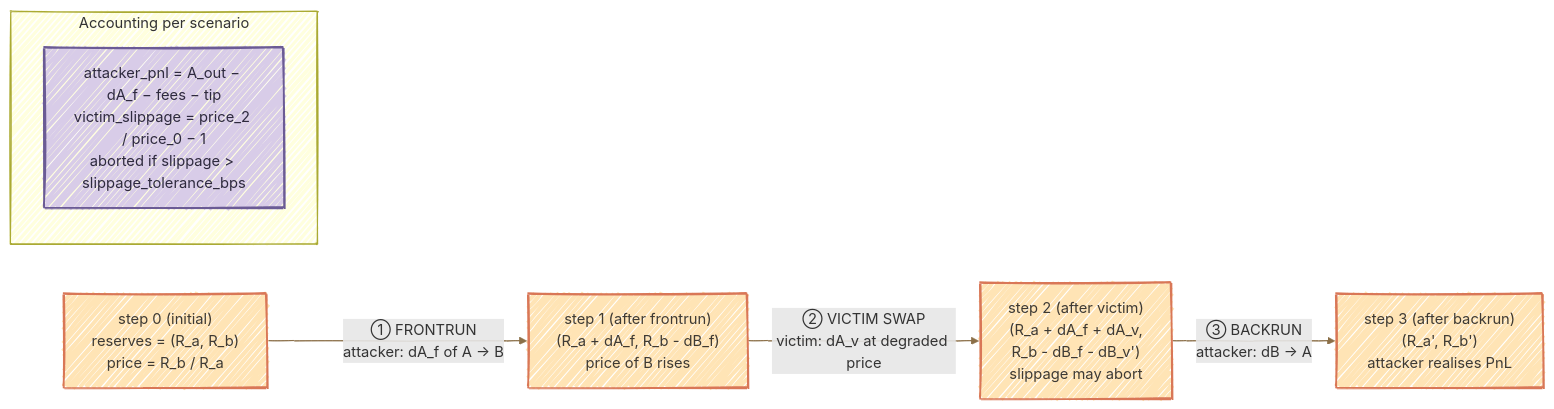
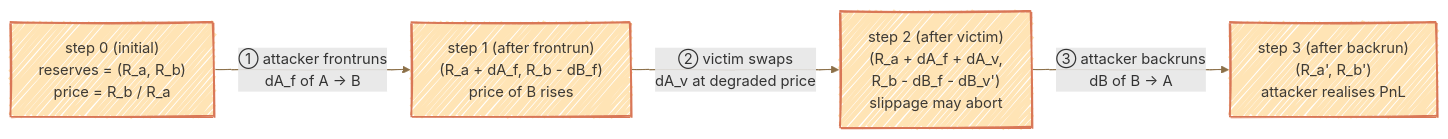
Before and after one commit to corey888773/solana-amm-attacks-analysis: the second of 2 diagrams in README.md, drawn with Mermaid. The commit also changed other lines of this file, not shown here.

Commit message:
docs: fix broken Mermaid layouts in README
Architecture diagram: switch to flowchart LR with three subgraphs
(Off-chain | Shared | On-chain) plus Output; move amm-math into its
own Shared lane so cross-subgraph arrows flow naturally. Strip parens
and slashes from subgraph titles (Mermaid parser was eating them);
escape parens as HTML entities inside node labels only.

Sandwich diagram: remove the in-diagram legend subgraph that was
stealing top space and forcing the reserve-state chain into a
cramped bottom row. Replace with a plain Markdown bullet list below
the Mermaid block. Make edge labels self-describing by prefixing
each step with the actor ("attacker frontruns", "victim swaps",
"attacker backruns") instead of bare FRONTRUN/VICTIM/BACKRUN tokens.

````diff
--- a/README.md
+++ b/README.md
@@ -77,29 +77,24 @@
 ```mermaid
 %%{init: {
   "look": "handDrawn",
   "themeVariables": {
     "fontFamily": "Comic Sans MS, Comic Sans, cursive",
     "background": "#FFF8E7",
     "primaryColor": "#FFF1CC",
     "primaryBorderColor": "#D97757",
     "primaryTextColor": "#3E3A34",
     "lineColor": "#8B6F47"
   }
 }}%%
 flowchart LR
     s0["step 0 (initial)<br/>reserves = (R_a, R_b)<br/>price = R_b / R_a"]:::pool
     s1["step 1 (after frontrun)<br/>(R_a + dA_f, R_b - dB_f)<br/>price of B rises"]:::pool
     s2["step 2 (after victim)<br/>(R_a + dA_f + dA_v,<br/>R_b - dB_f - dB_v')<br/>slippage may abort"]:::pool
     s3["step 3 (after backrun)<br/>(R_a', R_b')<br/>attacker realises PnL"]:::pool
 
-    s0 -->|"① FRONTRUN<br/>attacker: dA_f of A → B"| s1
-    s1 -->|"② VICTIM SWAP<br/>victim: dA_v at degraded price"| s2
-    s2 -->|"③ BACKRUN<br/>attacker: dB → A"| s3
-
-    subgraph LEGEND["Accounting per scenario"]
-        pnl["attacker_pnl = A_out − dA_f − fees − tip<br/>victim_slippage = price_2 / price_0 − 1<br/>aborted if slippage > slippage_tolerance_bps"]:::legend
-    end
+    s0 -->|"① attacker frontruns<br/>dA_f of A → B"| s1
+    s1 -->|"② victim swaps<br/>dA_v at degraded price"| s2
+    s2 -->|"③ attacker backruns<br/>dB of B → A"| s3
 
     classDef pool fill:#FFE4B5,stroke:#D97757,stroke-width:2px,color:#3E3A34;
-    classDef legend fill:#D8CCE8,stroke:#6B5B95,stroke-width:2px,color:#2E2A3E;
 ```
````
